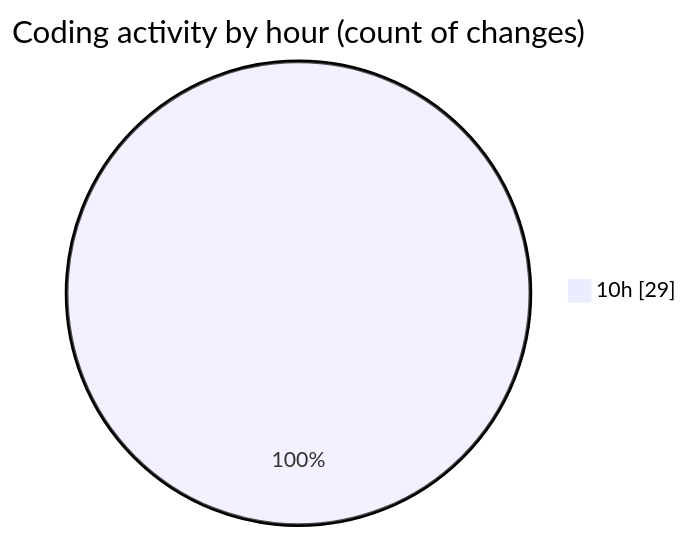
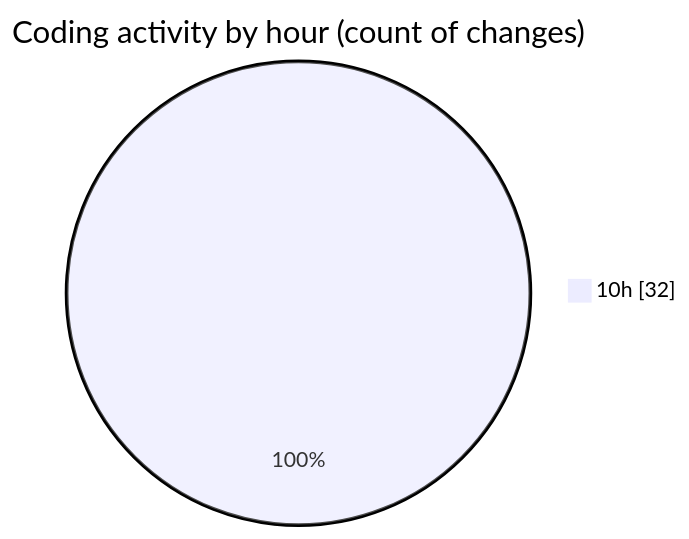
One commit to CELIANVF/code-tracking changed the second of 2 diagrams in 2025-05-15/ecodeli-1/README.md. Above: the diagram before and after it, drawn with Mermaid. The commit also changed other lines of this file and 1 other file, not shown here.

````diff
--- a/2025-05-15/ecodeli-1/README.md
+++ b/2025-05-15/ecodeli-1/README.md
@@ -42,5 +44,5 @@
 ```mermaid
 pie showData
 title Coding activity by hour (count of changes)
-"10h" : 29
+"10h" : 32
 ```
````
